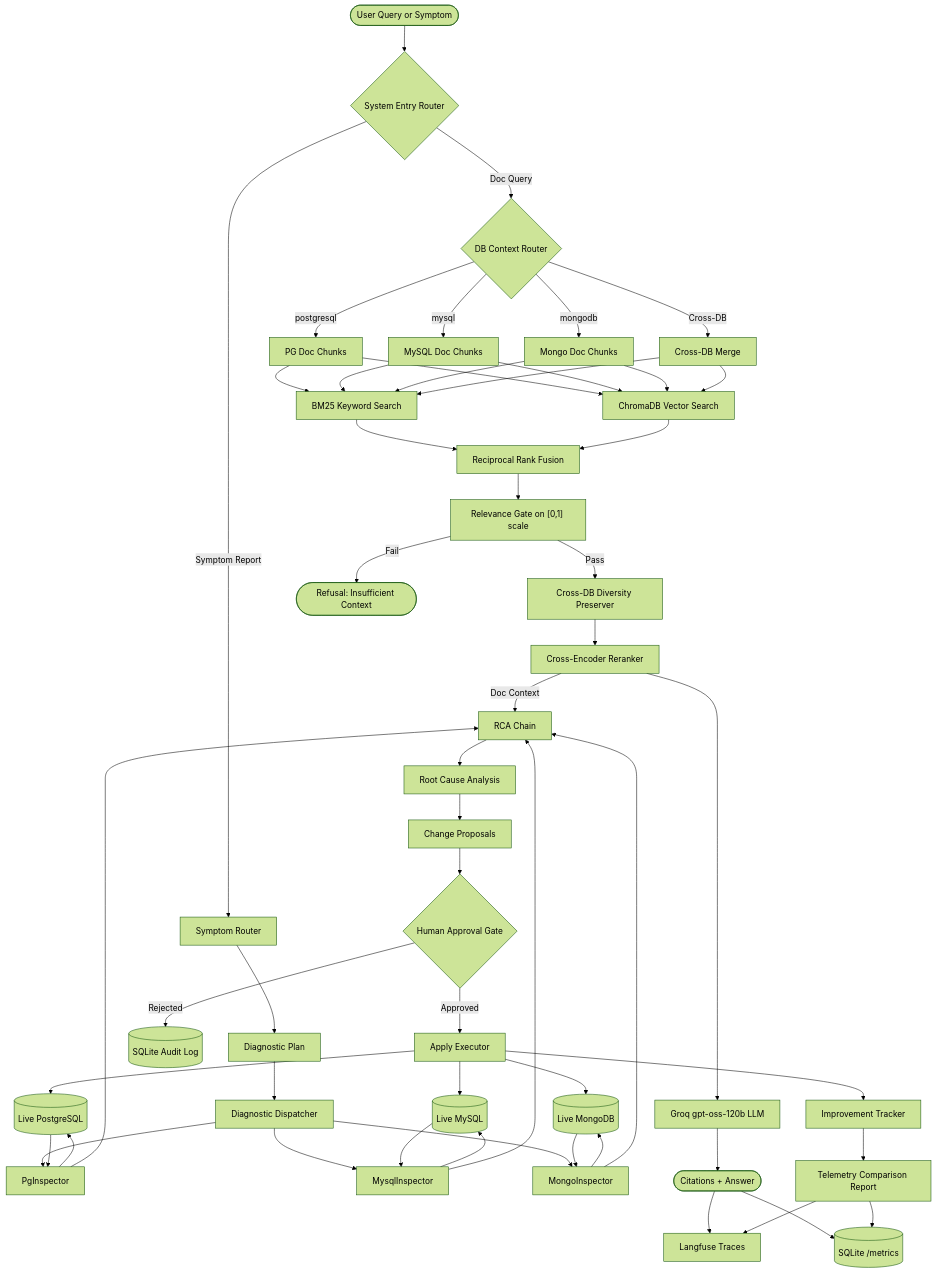
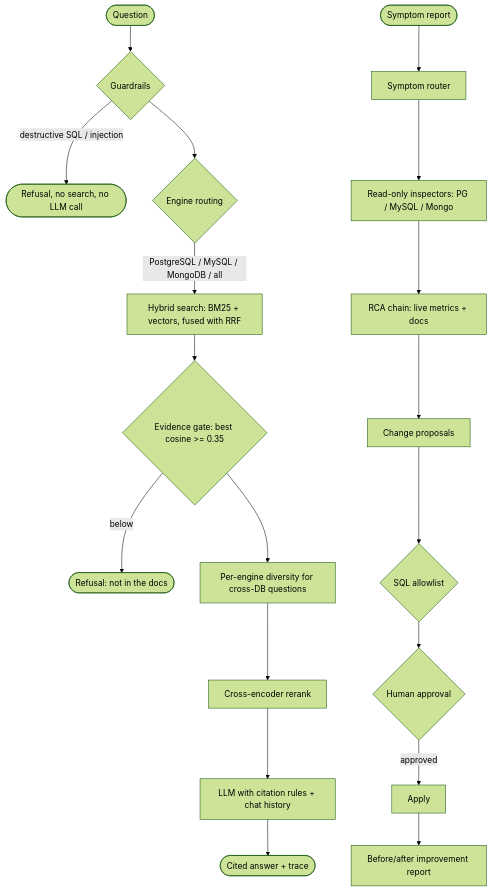
Before and after one commit to NoumanZahid-85/DBrain-DB-RAG: the diagram in README.md, drawn with Mermaid (forest theme). The commit also changed other lines of this file, not shown here.

Commit message:
docs: rewrite README for current architecture and deployment

````diff
--- a/README.md
+++ b/README.md
@@ -18,72 +11,20 @@
 ```mermaid
 flowchart TD
-    UserQuery([User Query or Symptom]) --> Router{System Entry Router}
+    Q([Question]) --> G{Guardrails}
+    G -->|destructive SQL / injection| R1([Refusal, no search, no LLM call])
+    G --> Route{Engine routing}
+    Route -->|PostgreSQL / MySQL / MongoDB / all| H[Hybrid search: BM25 + vectors, fused with RRF]
+    H --> E{Evidence gate: best cosine >= 0.35}
+    E -->|below| R2([Refusal: not in the docs])
+    E --> D[Per-engine diversity for cross-DB questions]
+    D --> RR[Cross-encoder rerank]
+    RR --> L[LLM with citation rules + chat history]
+    L --> A([Cited answer + trace])
 
-    %% Pathway A: Standard Q&A RAG
-    Router -->|Doc Query| DBRouter{DB Context Router}
-    DBRouter -->|postgresql| PG[PG Doc Chunks]
-    DBRouter -->|mysql| MY[MySQL Doc Chunks]
-    DBRouter -->|mongodb| MO[Mongo Doc Chunks]
-    DBRouter -->|Cross-DB| ALL[Cross-DB Merge]
-
-    PG --> Sparse[BM25 Keyword Search]
-    MY --> Sparse
-    MO --> Sparse
-    ALL --> Sparse
-
-    PG --> Dense[ChromaDB Vector Search]
-    MY --> Dense
-    MO --> Dense
-    ALL --> Dense
-
-    Sparse --> RRF[Reciprocal Rank Fusion]
-    Dense --> RRF
-    RRF --> Gate["Relevance Gate on [0,1] scale"]
-    Gate -->|Pass| Div[Cross-DB Diversity Preserver]
-    Gate -->|Fail| Refuse([Refusal: Insufficient Context])
-    Div --> Rerank[Cross-Encoder Reranker]
-    Rerank --> LLMGen[Groq gpt-oss-120b LLM]
-
-    %% Pathway B: Live Diagnostics & Auto-Healing
-    Router -->|Symptom Report| SymptomRouter[Symptom Router]
-    SymptomRouter --> Plan[Diagnostic Plan]
-    Plan --> Dispatcher[Diagnostic Dispatcher]
-
-    Dispatcher --> PgInspect[PgInspector]
-    Dispatcher --> MyInspect[MysqlInspector]
-    Dispatcher --> MongoInspect[MongoInspector]
-
-    PgInspect --> PgDB[(Live PostgreSQL)]
-    MyInspect --> MyDB[(Live MySQL)]
-    MongoInspect --> MongoDB[(Live MongoDB)]
-
-    PgDB --> PgInspect
-    MyDB --> MyInspect
-    MongoDB --> MongoInspect
-
-    PgInspect --> RCALink[RCA Chain]
-    MyInspect --> RCALink
-    MongoInspect --> RCALink
-    Rerank -->|Doc Context| RCALink
-
-    RCALink --> RCA[Root Cause Analysis]
-    RCA --> Proposal[Change Proposals]
-
-    Proposal --> Approve{Human Approval Gate}
-    Approve -->|Rejected| Audit[(SQLite Audit Log)]
-    Approve -->|Approved| Apply[Apply Executor]
-
-    Apply --> PgDB
-    Apply --> MyDB
-    Apply --> MongoDB
-
-    Apply --> Tracker[Improvement Tracker]
-    Tracker --> Compare[Telemetry Comparison Report]
-
-    %% Output / Observability
-    LLMGen --> Answer([Citations + Answer])
-    Answer --> Langfuse[Langfuse Traces]
-    Answer --> MetricsStore[(SQLite /metrics)]
-    Compare --> Langfuse
-    Compare --> MetricsStore
+    S([Symptom report]) --> SR[Symptom router] --> I[Read-only inspectors: PG / MySQL / Mongo]
+    I --> RCA[RCA chain: live metrics + docs]
+    RCA --> P[Change proposals]
+    P --> V{SQL allowlist}
+    V --> HA{Human approval}
+    HA -->|approved| X[Apply] --> T[Before/after improvement report]
 ```
````
